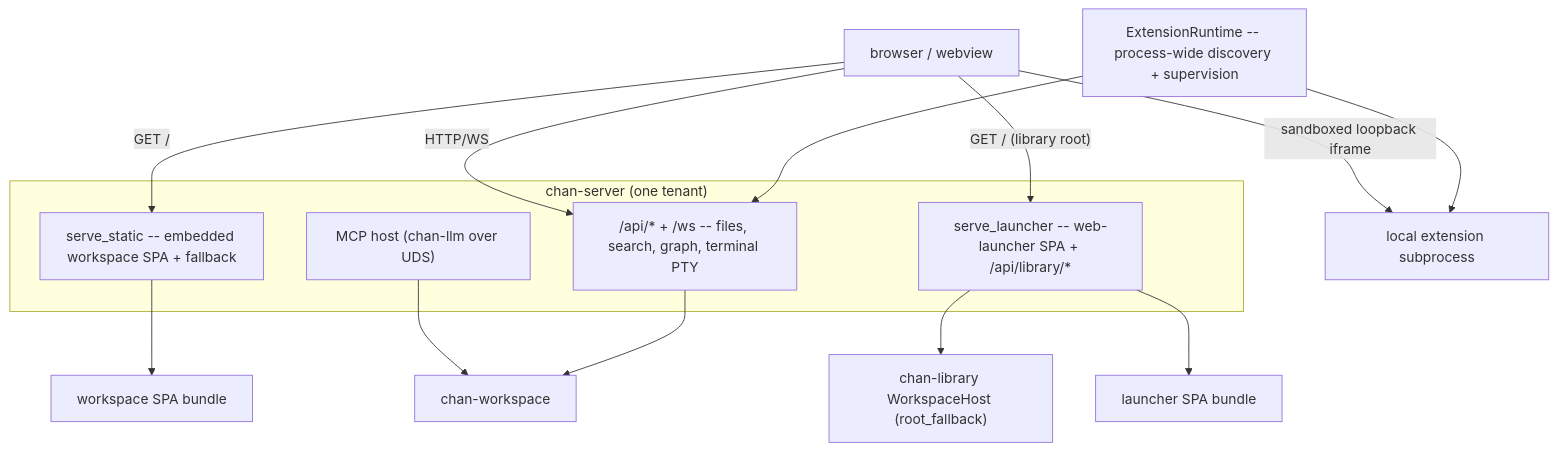
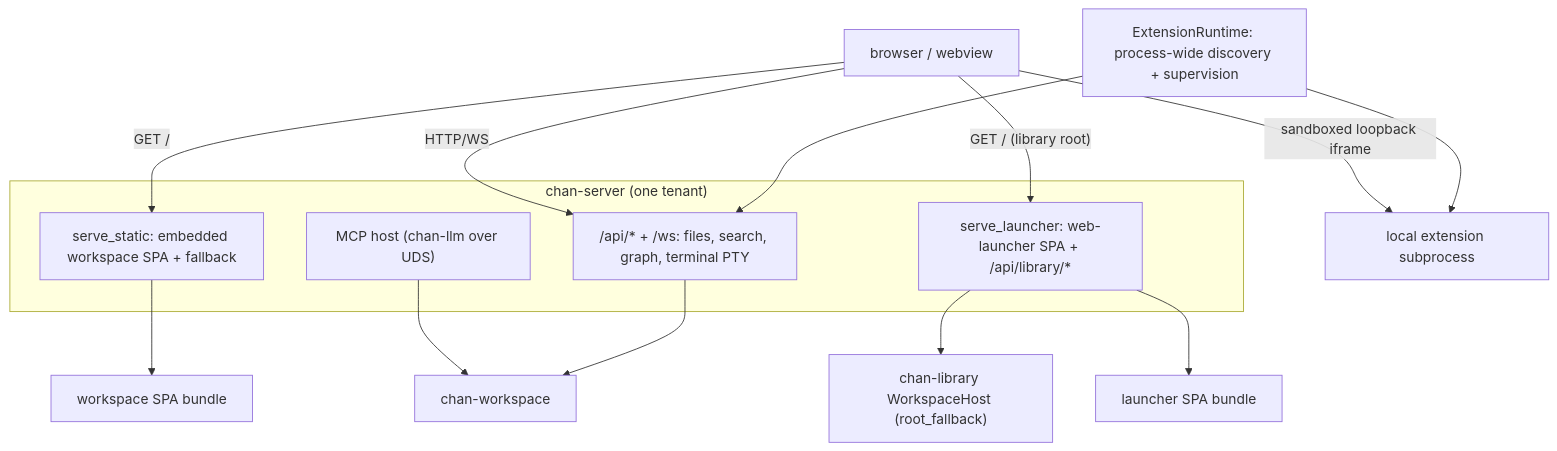
Before and after one commit to fiorix/chan: the diagram in crates/chan-server/design.md, drawn with Mermaid. The commit also changed other lines of this file and 22 other files, not shown here.

````diff
--- a/crates/chan-server/design.md
+++ b/crates/chan-server/design.md
@@ -19,20 +19,20 @@
 ```mermaid
 flowchart TB
   subgraph chan-server["chan-server (one tenant)"]
-    API["/api/* + /ws -- files, search, graph, terminal PTY"]
-    Static["serve_static -- embedded workspace SPA + fallback"]
-    Launcher["serve_launcher -- web-launcher SPA + /api/library/*"]
+    API["/api/* + /ws: files, search, graph, terminal PTY"]
+    Static["serve_static: embedded workspace SPA + fallback"]
+    Launcher["serve_launcher: web-launcher SPA + /api/library/*"]
     MCPsvc["MCP host (chan-llm over UDS)"]
   end
-  Extensions["ExtensionRuntime -- process-wide discovery + supervision"] --> Child["local extension subprocess"]
+  Extensions["ExtensionRuntime: process-wide discovery + supervision"] --> Child["local extension subprocess"]
   Extensions --> API
   API --> WS["chan-workspace"]
   Launcher --> Host["chan-library WorkspaceHost (root_fallback)"]
   MCPsvc --> WS
   Static --> Bundle["workspace SPA bundle"]
   Launcher --> LBundle["launcher SPA bundle"]
   Client["browser / webview"] -->|HTTP/WS| API
   Client -->|"sandboxed loopback iframe"| Child
   Client -->|GET /| Static
   Client -->|"GET / (library root)"| Launcher
 ```
````
